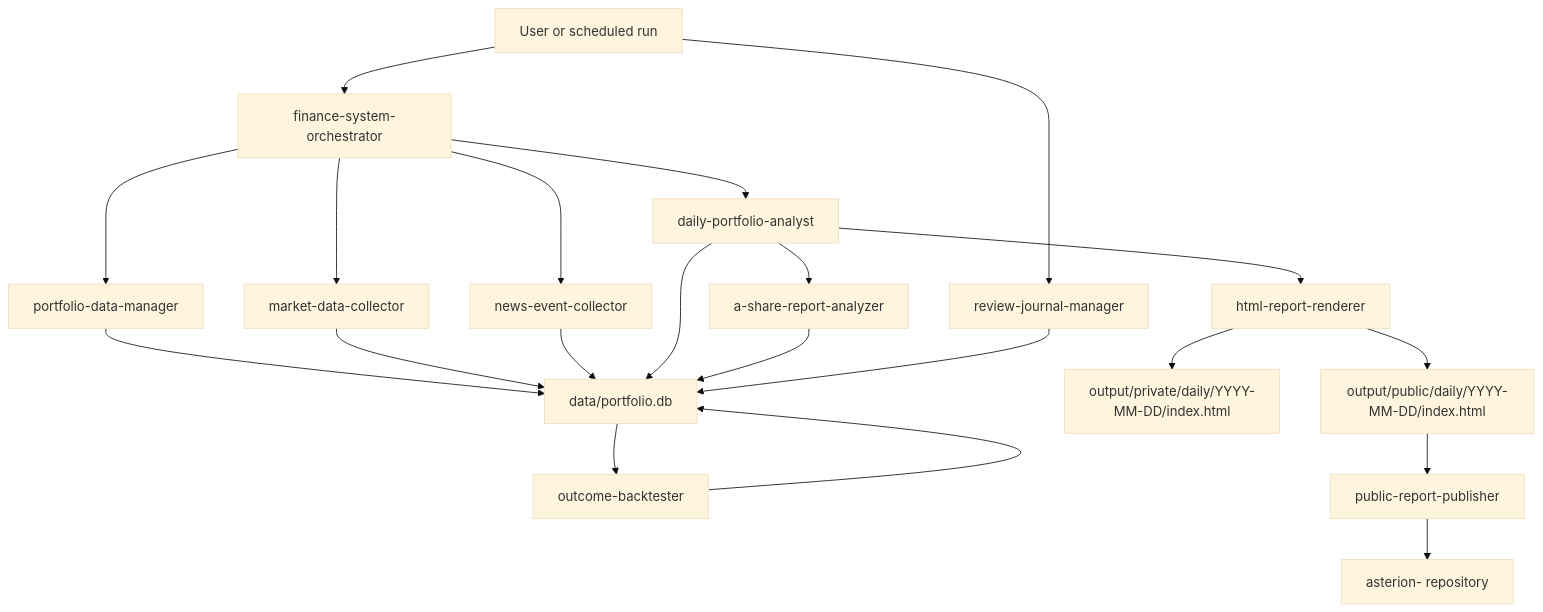
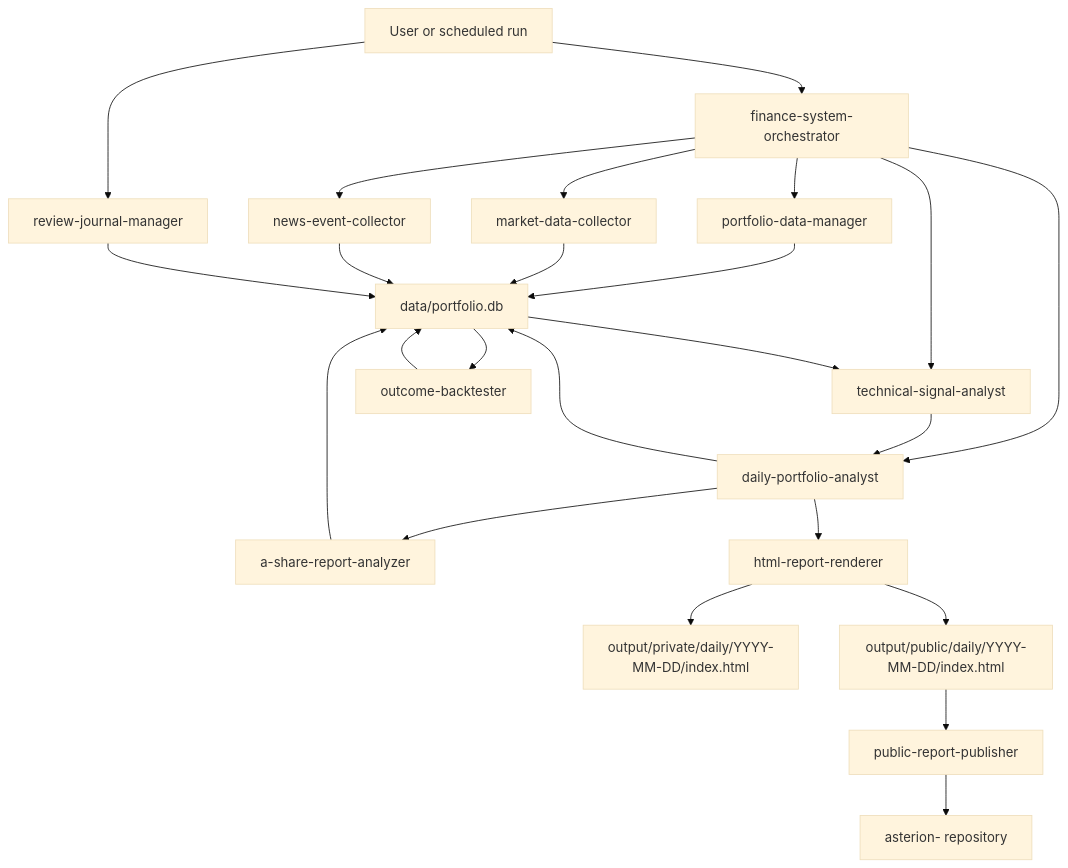
The diagram in docs/plans/2026-06-06-private-finance-agent-skill-system-design.md (hxy1997/moneymoney), drawn with Mermaid (base theme) before and after one commit. The commit also changed other lines of this file and 1 other file, not shown here.

````diff
--- a/docs/plans/2026-06-06-private-finance-agent-skill-system-design.md
+++ b/docs/plans/2026-06-06-private-finance-agent-skill-system-design.md
@@ -140,29 +141,32 @@
 ```mermaid
 flowchart TD
   U["User or scheduled run"] --> O["finance-system-orchestrator"]
   O --> PDM["portfolio-data-manager"]
   O --> MDC["market-data-collector"]
   O --> NEC["news-event-collector"]
+  O --> TSA["technical-signal-analyst"]
   O --> DPA["daily-portfolio-analyst"]
 
   PDM --> DB["data/portfolio.db"]
   MDC --> DB
   NEC --> DB
+  DB --> TSA
 
+  TSA --> DPA
   DPA --> DB
   DPA --> ASR["a-share-report-analyzer"]
   ASR --> DB
 
   DPA --> HRR["html-report-renderer"]
   HRR --> PRIV["output/private/daily/YYYY-MM-DD/index.html"]
   HRR --> PUB["output/public/daily/YYYY-MM-DD/index.html"]
 
   U --> RJM["review-journal-manager"]
   RJM --> DB
 
   DB --> OBT["outcome-backtester"]
   OBT --> DB
 
   PUB --> PRP["public-report-publisher"]
   PRP --> FPR["asterion-<instance> repository"]
 ```
````
